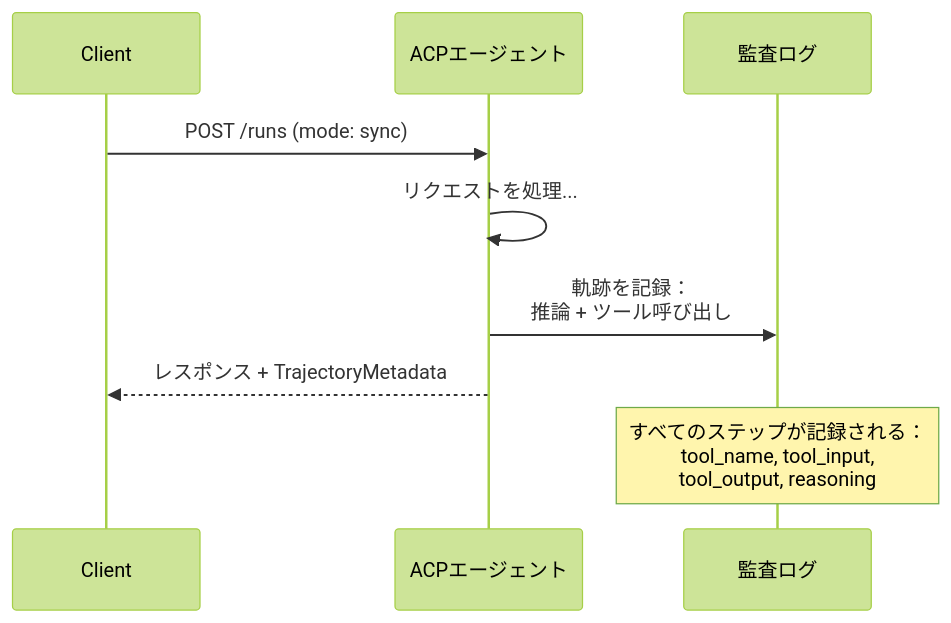
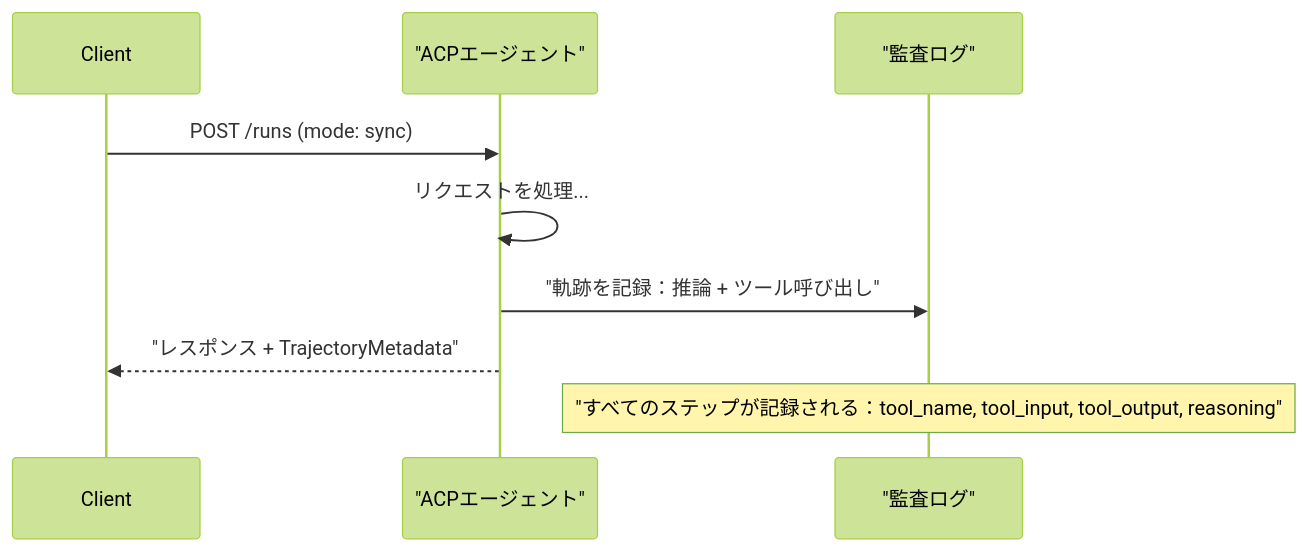
The fifth of 13 diagrams in content/phases/16-multi-agent-and-swarms/03-communication-protocols/lesson.ja.md (shoshoshomen/synapse-academy), drawn with Mermaid (forest theme) before and after one commit. The commit also changed other lines of this file and 124 other files, not shown here.

First line of the commit message:
feat(i18n): mermaid図のラベルを日本語化(194レッスン/374図)

````diff
--- a/content/phases/16-multi-agent-and-swarms/03-communication-protocols/lesson.ja.md
+++ b/content/phases/16-multi-agent-and-swarms/03-communication-protocols/lesson.ja.md
@@ -289,12 +289,12 @@
 ```mermaid
 sequenceDiagram
     participant Client
-    participant ACP as ACPエージェント
-    participant Audit as 監査ログ
+    participant ACP as "ACPエージェント"
+    participant Audit as "監査ログ"
 
     Client->>ACP: POST /runs (mode: sync)
     ACP->>ACP: リクエストを処理...
-    ACP->>Audit: 軌跡を記録：<br/>推論 + ツール呼び出し
-    ACP-->>Client: レスポンス + TrajectoryMetadata
-    Note over Audit: すべてのステップが記録される：<br/>tool_name, tool_input,<br/>tool_output, reasoning
+    ACP->>Audit: "軌跡を記録：推論 + ツール呼び出し"
+    ACP-->>Client: "レスポンス + TrajectoryMetadata"
+    Note over Audit: "すべてのステップが記録される：tool_name, tool_input, tool_output, reasoning"
 ```
````
